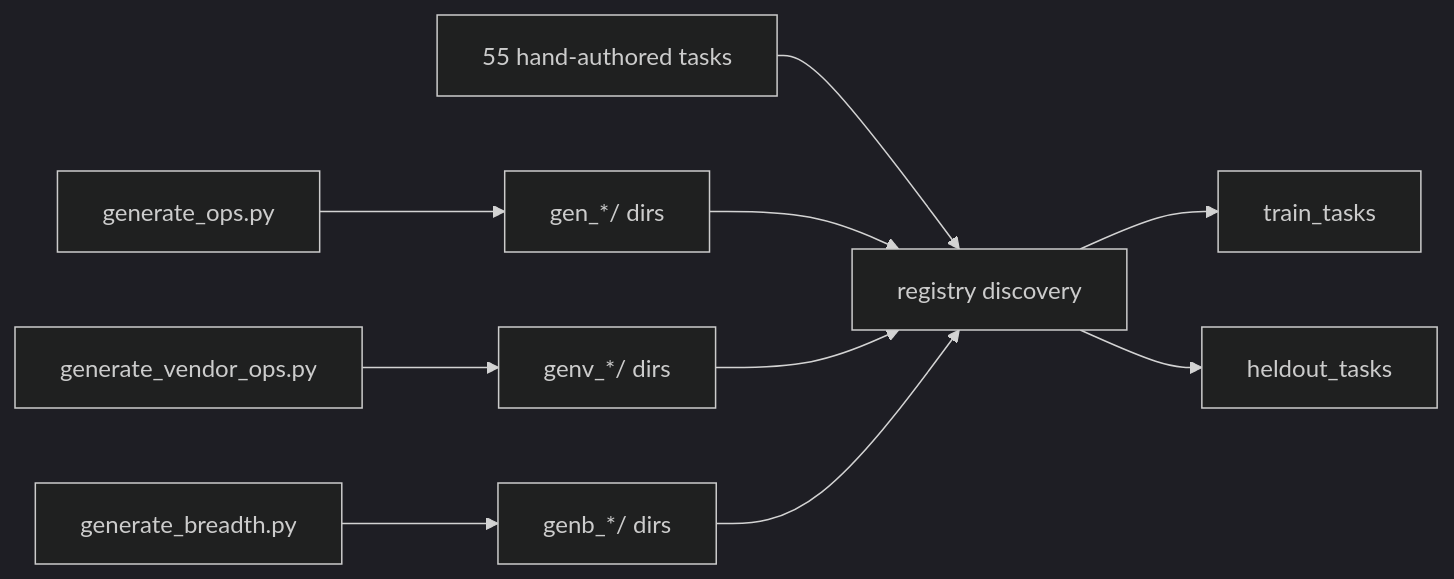
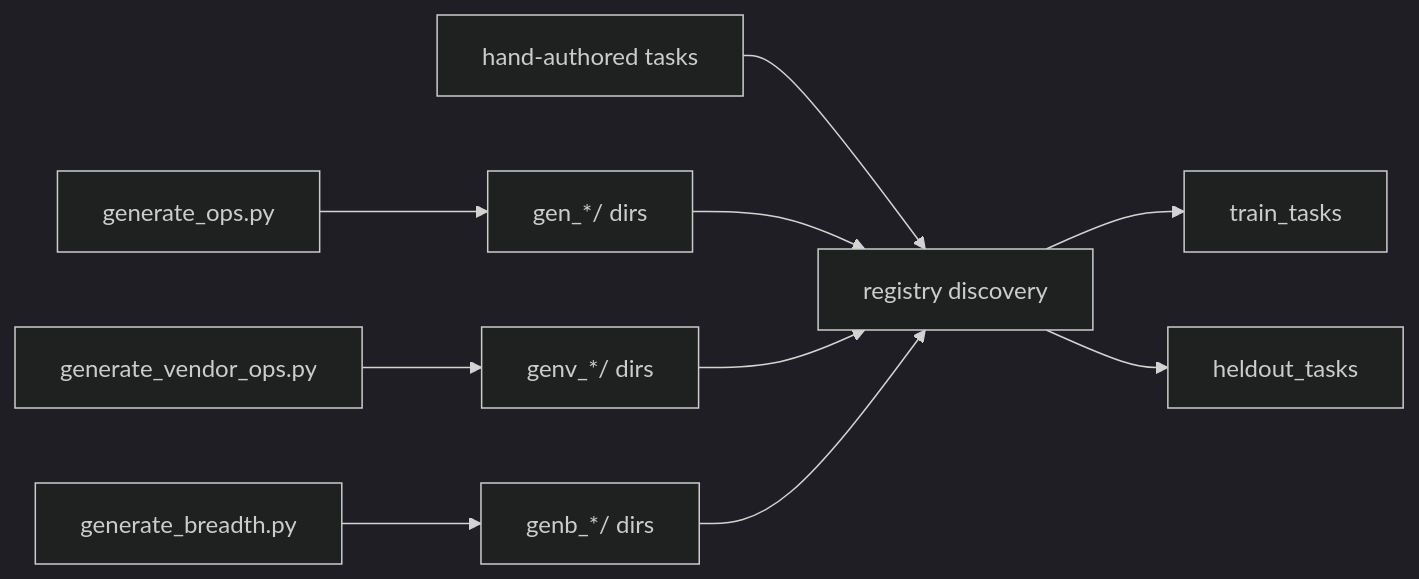
The second of 2 diagrams in kore/tasks/README.md (amd-shasriva/KORE), drawn with Mermaid (dark theme) before and after one commit. The commit also changed other lines of this file and 17 other files, not shown here.

````diff
--- a/kore/tasks/README.md
+++ b/kore/tasks/README.md
@@ -114,12 +113,12 @@
 ```mermaid
 flowchart LR
   GO[generate_ops.py] --> GEN["gen_*/ dirs"]
   GVO[generate_vendor_ops.py] --> GENV["genv_*/ dirs"]
   GB[generate_breadth.py] --> GENB["genb_*/ dirs"]
-  HAND[55 hand-authored tasks] --> REG
+  HAND[hand-authored tasks] --> REG
   GEN --> REG[registry discovery]
   GENV --> REG
   GENB --> REG
   REG --> TRAIN[train_tasks]
   REG --> HOLD[heldout_tasks]
 ```
````
